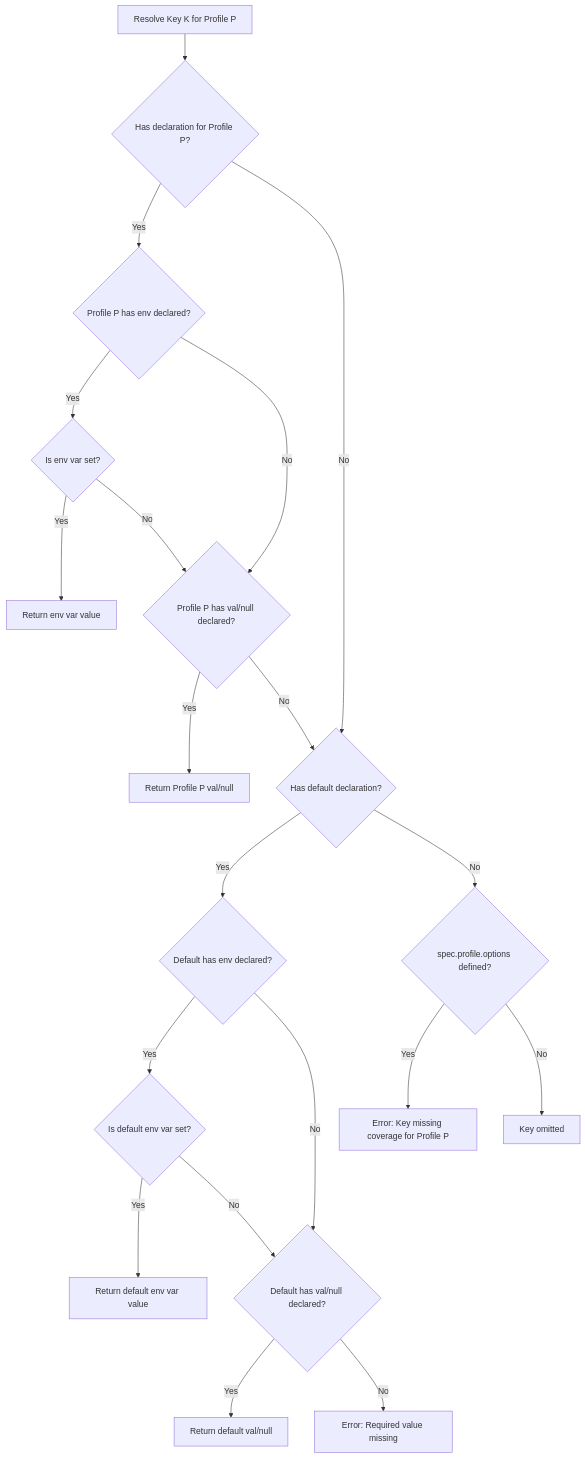
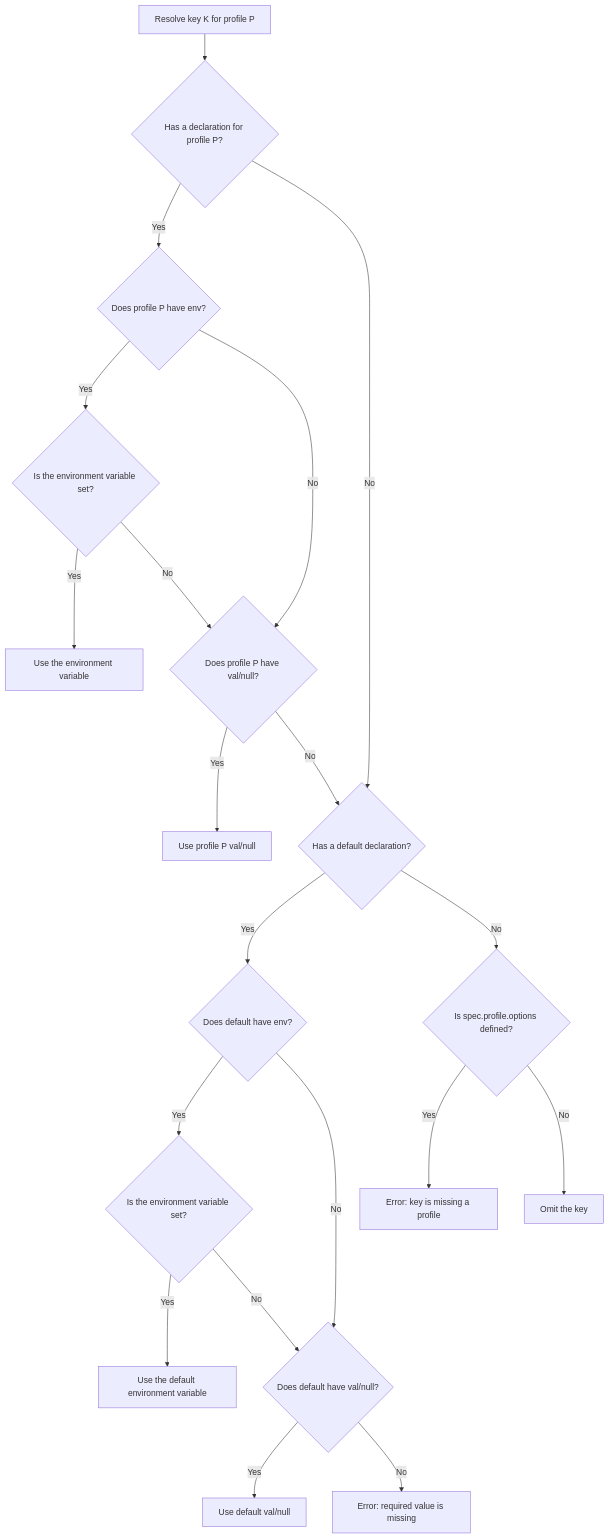
The diagram in SPECIFICATION.md (sayanarijit/settingspec), drawn with Mermaid before and after one commit. The commit also changed other lines of this file and 3 other files, not shown here.

````diff
--- a/SPECIFICATION.md
+++ b/SPECIFICATION.md
@@ -364,28 +489,27 @@
 ```mermaid
 flowchart TD
-    Start["Resolve Key K for Profile P"] --> HasProfileDecl{"Has declaration for Profile P?"}
+    Start["Resolve key K for profile P"] --> HasProfileDecl{"Has a declaration for profile P?"}
 
-    HasProfileDecl -- Yes --> CheckProfileEnv{"Profile P has env declared?"}
-    CheckProfileEnv -- Yes --> CheckEnvExists{"Is env var set?"}
-    CheckEnvExists -- Yes --> ReturnEnv["Return env var value"]
-    CheckEnvExists -- No --> CheckProfileVal{"Profile P has val/null declared?"}
+    HasProfileDecl -- Yes --> CheckProfileEnv{"Does profile P have env?"}
+    CheckProfileEnv -- Yes --> CheckEnvExists{"Is the environment variable set?"}
+    CheckEnvExists -- Yes --> ReturnEnv["Use the environment variable"]
+    CheckEnvExists -- No --> CheckProfileVal{"Does profile P have val/null?"}
 
     CheckProfileEnv -- No --> CheckProfileVal
-    CheckProfileVal -- Yes --> ReturnProfileVal["Return Profile P val/null"]
-    CheckProfileVal -- No --> CheckDefault
+    CheckProfileVal -- Yes --> ReturnProfileVal["Use profile P val/null"]
+    CheckProfileVal -- No --> CheckDefault["Check default"]
 
-    HasProfileDecl -- No --> CheckDefault{"Has default declaration?"}
-
-    CheckDefault -- Yes --> CheckDefaultEnv{"Default has env declared?"}
-    CheckDefaultEnv -- Yes --> CheckDefaultEnvExists{"Is default env var set?"}
-    CheckDefaultEnvExists -- Yes --> ReturnDefaultEnv["Return default env var value"]
-    CheckDefaultEnvExists -- No --> CheckDefaultVal{"Default has val/null declared?"}
+    HasProfileDecl -- No --> CheckDefault{"Has a default declaration?"}
+    CheckDefault -- Yes --> CheckDefaultEnv{"Does default have env?"}
+    CheckDefaultEnv -- Yes --> CheckDefaultEnvExists{"Is the environment variable set?"}
+    CheckDefaultEnvExists -- Yes --> ReturnDefaultEnv["Use the default environment variable"]
+    CheckDefaultEnvExists -- No --> CheckDefaultVal{"Does default have val/null?"}
 
     CheckDefaultEnv -- No --> CheckDefaultVal
-    CheckDefaultVal -- Yes --> ReturnDefaultVal["Return default val/null"]
-    CheckDefaultVal -- No --> ResolutionError["Error: Required value missing"]
+    CheckDefaultVal -- Yes --> ReturnDefaultVal["Use default val/null"]
+    CheckDefaultVal -- No --> ResolutionError["Error: required value is missing"]
 
-    CheckDefault -- No --> StrictCheck{"spec.profile.options defined?"}
-    StrictCheck -- Yes --> MissingCoverError["Error: Key missing coverage for Profile P"]
-    StrictCheck -- No --> KeyOmitted["Key omitted"]
+    CheckDefault -- No --> StrictCheck{"Is spec.profile.options defined?"}
+    StrictCheck -- Yes --> MissingCoverError["Error: key is missing a profile"]
+    StrictCheck -- No --> KeyOmitted["Omit the key"]
 ```
````
